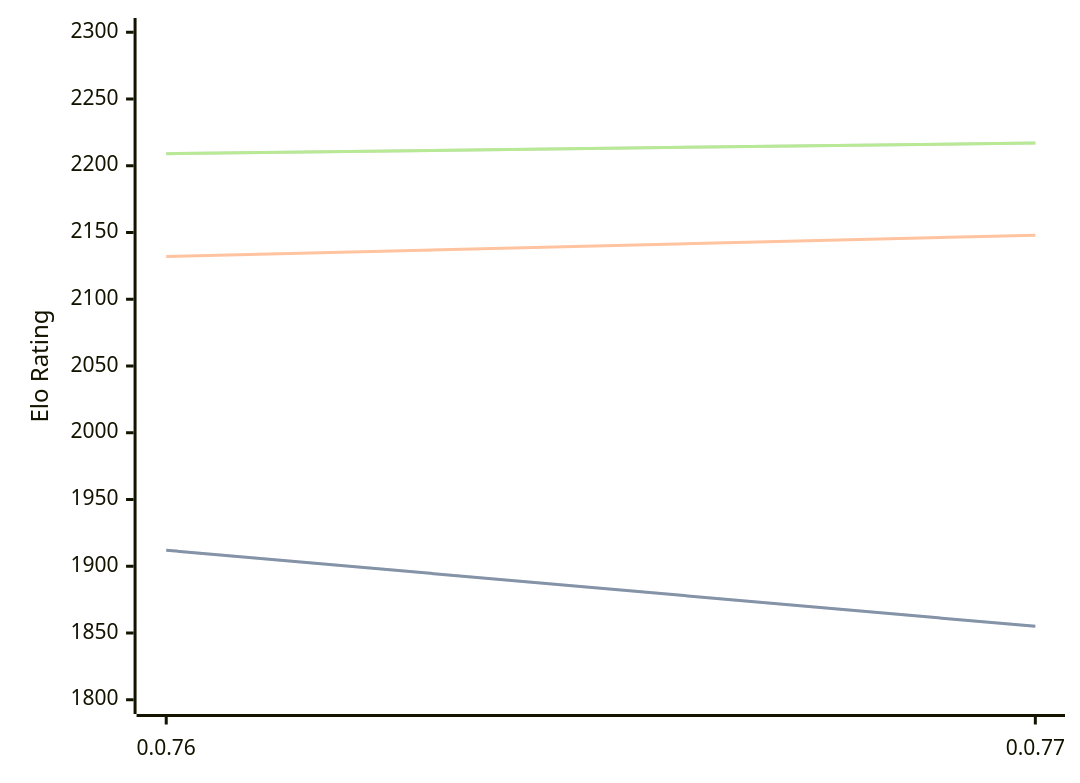
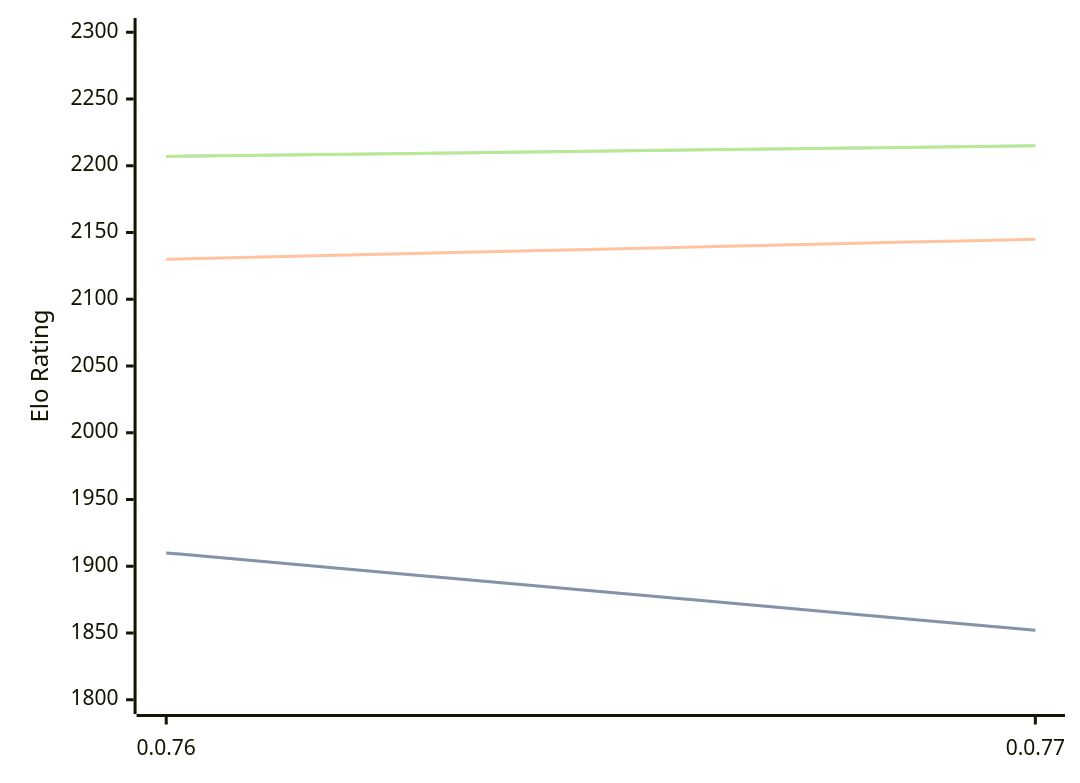
The diagram in engines/Fktb.md (computer-chess-index/cci), drawn with Mermaid before and after one commit. The commit also changed other lines of this file, not shown here.

Commit message:
Update CCI Ratings (ELO VLTC) - 2026-05-22

````diff
--- a/engines/Fktb.md
+++ b/engines/Fktb.md
@@ -32,11 +32,11 @@
 ```mermaid
 %%{init: {"theme":"base","themeVariables":{"seriesColors:['#a3a3a3','#222221','#faa371']}}}%%
 xychart-beta
   x-axis ["0.0.76", "0.0.77"]
   y-axis "Elo Rating" 1800 --> 2300
-  line "STC (8.0+0.08s)" [1912, 1855]
-  line "STC (8.0+0.08s)" [1912, 1855]
-  line "LTC (60.0+0.60s)" [2132, 2148]
-  line "VLTC (2m24s+1.12s)" [2209, 2217]
-  line "VLTC (2m24s+1.12s)" [2209, 2217]
+  line "STC (8.0+0.08s)" [1910, 1852]
+  line "STC (8.0+0.08s)" [1910, 1852]
+  line "LTC (60.0+0.60s)" [2130, 2145]
+  line "VLTC (2m24s+1.12s)" [2207, 2215]
+  line "VLTC (2m24s+1.12s)" [2207, 2215]
 ```
````
